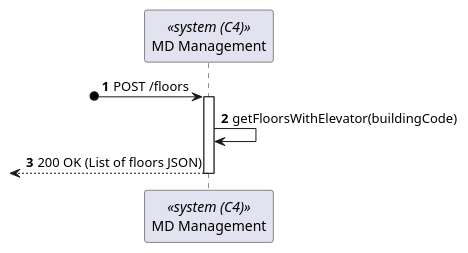
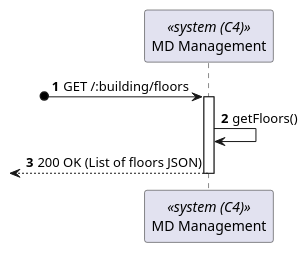
Before and after one commit to miseEnPlace-dev/lapr5: the diagram in _wiki/sprint-a/us16-300/views/level-2/process-view.puml, drawn with PlantUML. The commit also changed 2 other files, not shown here.

```diff
--- a/_wiki/sprint-a/us16-300/views/level-2/process-view.puml
+++ b/_wiki/sprint-a/us16-300/views/level-2/process-view.puml
@@ -1,13 +1,13 @@
 @startuml process-view
 autonumber
 participant SYS as "MD Management" <<system (C4)>>
 
 
-?o-> SYS : POST /floors
+?o-> SYS : GET /:building/floors
 activate SYS
 
-SYS -> SYS : getFloorsWithElevator(buildingCode)
+SYS -> SYS : getFloors()
 <-- SYS : 200 OK (List of floors JSON)
 deactivate SYS
 
 @enduml
```
